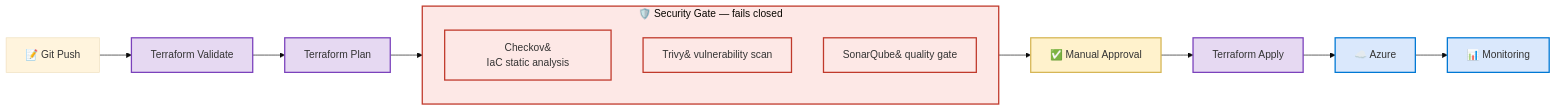
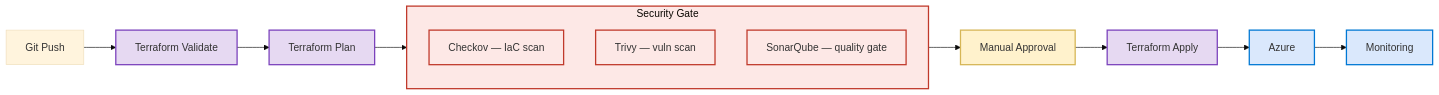
Before and after one commit to aniket-devop/aniket-devop: the fourth of 6 diagrams in README.md, drawn with Mermaid (base theme). The commit also changed other lines of this file, not shown here.

````diff
--- a/README.md
+++ b/README.md
@@ -237,27 +198,27 @@
 ```mermaid
 flowchart LR
-    GIT["📝 Git Push"] --> VAL["Terraform Validate"]
+    GIT["Git Push"] --> VAL["Terraform Validate"]
     VAL --> PLAN["Terraform Plan"]
     PLAN --> GATE
 
-    subgraph GATE["🛡️ Security Gate — fails closed"]
+    subgraph GATE["Security Gate"]
         direction TB
-        CHECKOV["Checkov&#10;IaC static analysis"]
-        TRIVY["Trivy&#10;vulnerability scan"]
-        SONAR["SonarQube&#10;quality gate"]
+        CHECKOV["Checkov — IaC scan"]
+        TRIVY["Trivy — vuln scan"]
+        SONAR["SonarQube — quality gate"]
     end
 
-    GATE --> APPROVE["✅ Manual Approval"]
+    GATE --> APPROVE["Manual Approval"]
     APPROVE --> APPLY["Terraform Apply"]
-    APPLY --> AZURE["☁️ Azure"]
-    AZURE --> MON["📊 Monitoring"]
+    APPLY --> AZURE["Azure"]
+    AZURE --> MON["Monitoring"]
 
     classDef tf fill:#e6d9f2,stroke:#7B42BC,stroke-width:2px
     classDef gate fill:#fde8e6,stroke:#c0392b,stroke-width:2px
     classDef approve fill:#fff2cc,stroke:#d6b656,stroke-width:2px
     classDef azure fill:#dae8fc,stroke:#0078D4,stroke-width:2px
     class VAL,PLAN,APPLY tf
     class GATE,CHECKOV,TRIVY,SONAR gate
     class APPROVE approve
     class AZURE,MON azure
 ```
````
